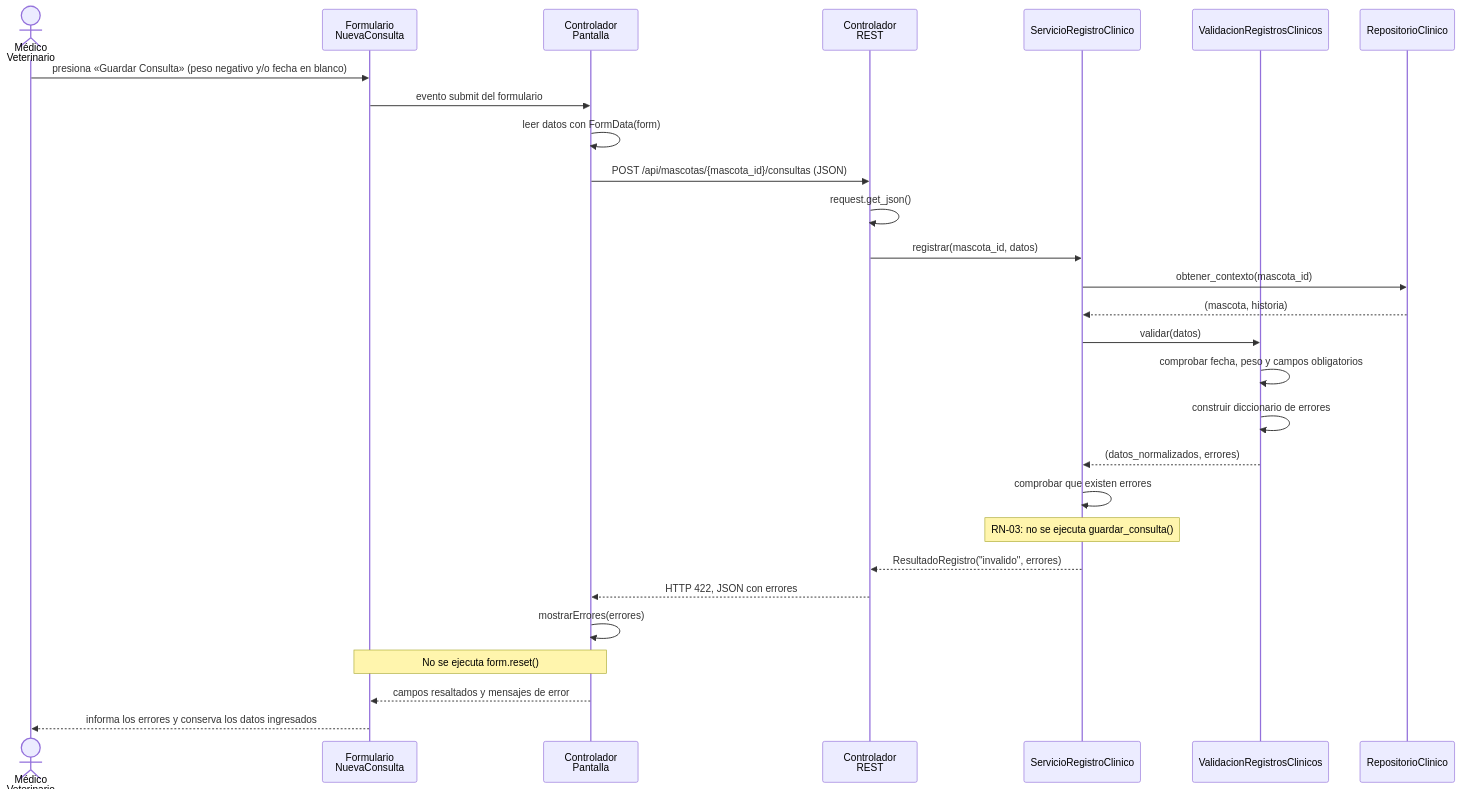
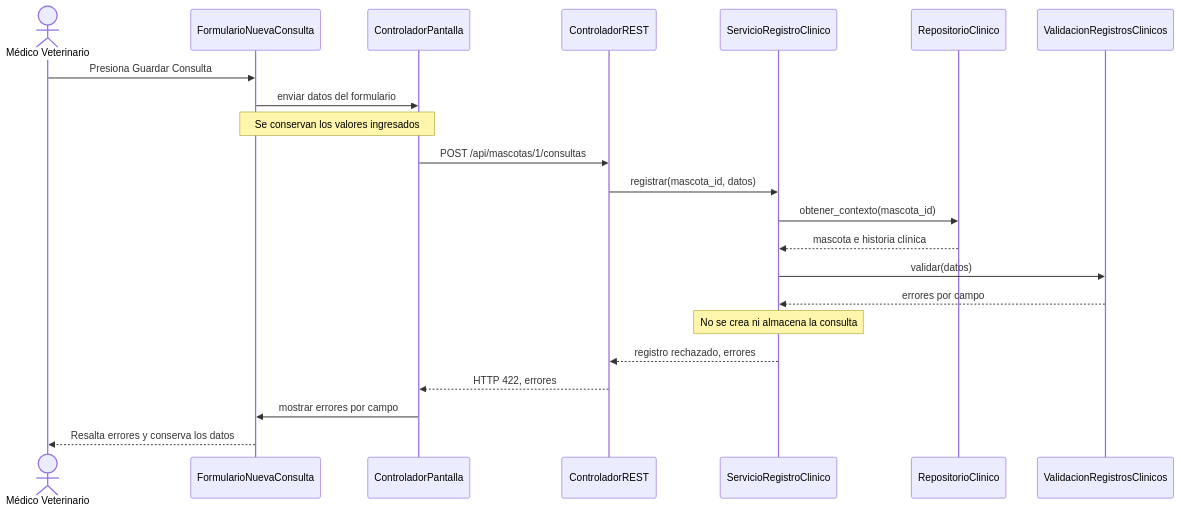
Before and after one commit to DinoMondino/sistema-gestion-veterinaria-2026: the third of 4 diagrams in docs/design/diseno-detallado.md, drawn with Mermaid. The commit also changed other lines of this file, not shown here.

Commit message:
docs (design): modifico diagramas de secuencia

````diff
--- a/docs/design/diseno-detallado.md
+++ b/docs/design/diseno-detallado.md
@@ -196,30 +197,29 @@
 ```mermaid
 sequenceDiagram
-    actor Vet as Médico<br/>Veterinario
-    participant UI as Formulario<br/>NuevaConsulta
-    participant CP as Controlador<br/>Pantalla
-    participant REST as Controlador<br/>REST
+    actor Vet as Médico Veterinario
+    participant UI as FormularioNuevaConsulta
+    participant CP as ControladorPantalla
+    participant REST as ControladorREST
     participant SRC as ServicioRegistroClinico
+    participant RC as RepositorioClinico
     participant VAL as ValidacionRegistrosClinicos
-    participant RC as RepositorioClinico
-    Vet->>UI: presiona «Guardar Consulta» (peso negativo y/o fecha en blanco)
-    UI->>CP: evento submit del formulario
-    CP->>CP: leer datos con FormData(form)
-    CP->>REST: POST /api/mascotas/{mascota_id}/consultas (JSON)
-    REST->>REST: request.get_json()
+
+    Vet->>UI: Presiona Guardar Consulta
+    UI->>CP: enviar datos del formulario
+    Note over UI,CP: Se conservan los valores ingresados
+    CP->>REST: POST /api/mascotas/1/consultas
+
     REST->>SRC: registrar(mascota_id, datos)
     SRC->>RC: obtener_contexto(mascota_id)
-    RC-->>SRC: (mascota, historia)
+    RC-->>SRC: mascota e historia clínica
+
     SRC->>VAL: validar(datos)
-    VAL->>VAL: comprobar fecha, peso y campos obligatorios
-    VAL->>VAL: construir diccionario de errores
-    VAL-->>SRC: (datos_normalizados, errores)
-    SRC->>SRC: comprobar que existen errores
-    Note over SRC: RN-03: no se ejecuta guardar_consulta()
-    SRC-->>REST: ResultadoRegistro("invalido", errores)
-    REST-->>CP: HTTP 422, JSON con errores
-    CP->>CP: mostrarErrores(errores)
-    Note over CP,UI: No se ejecuta form.reset()
-    CP-->>UI: campos resaltados y mensajes de error
-    UI-->>Vet: informa los errores y conserva los datos ingresados
+    VAL-->>SRC: errores por campo
+
+    Note over SRC: No se crea ni almacena la consulta
+    SRC-->>REST: registro rechazado, errores
+    REST-->>CP: HTTP 422, errores
+    CP->>UI: mostrar errores por campo
+    UI-->>Vet: Resalta errores y conserva los datos
+
 ```
````
